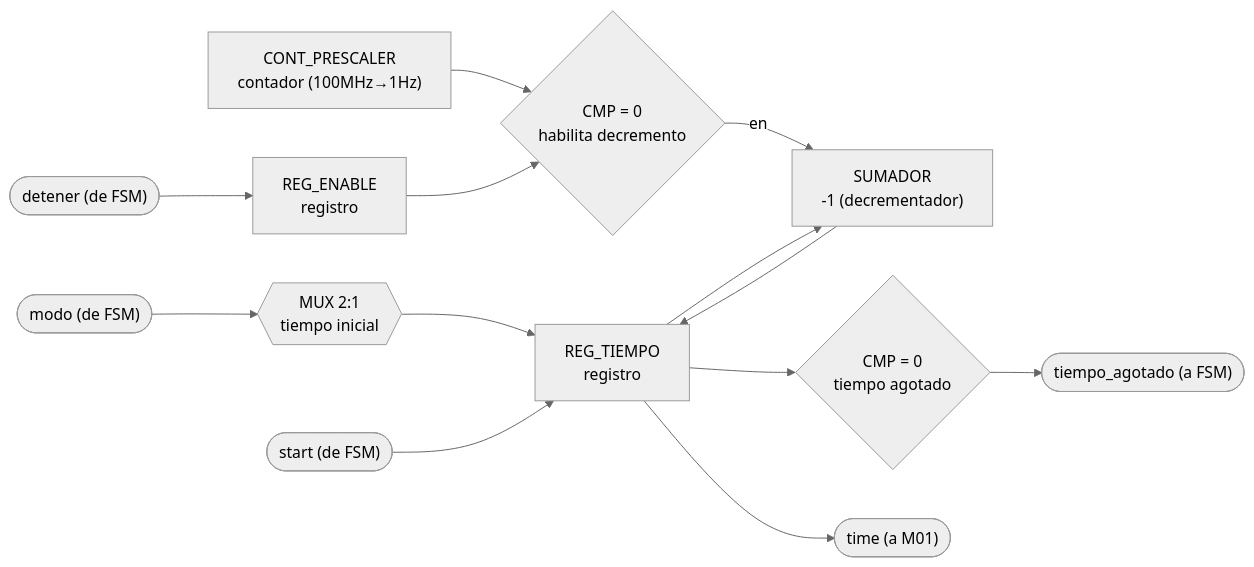
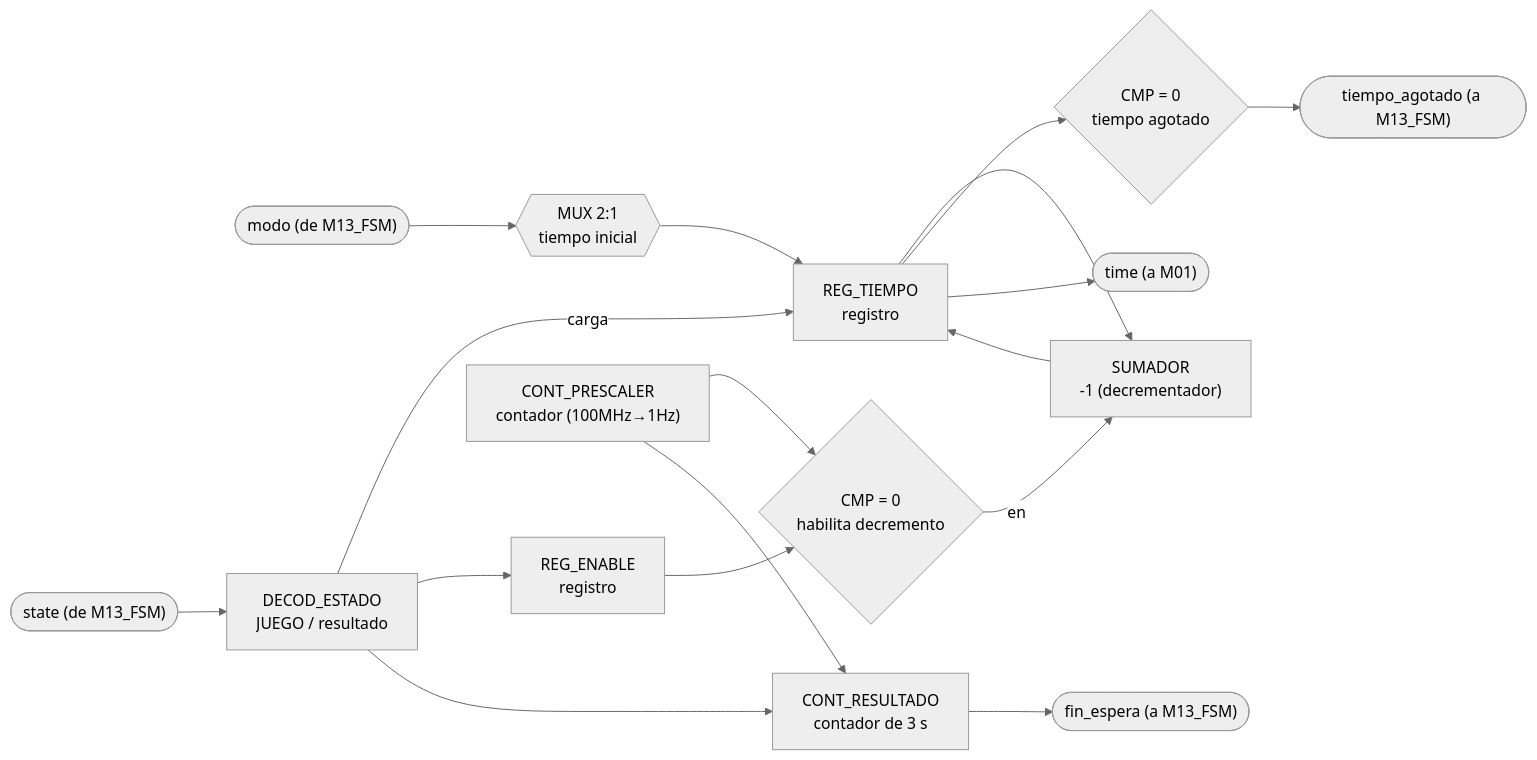
One commit to Taller-de-diseno-digital-GR01/Proyecto-2-Ahorcado changed the fourth of 14 diagrams in docs/diseño/diagramas/nivel03.md. Above: the diagram before and after it, drawn with Mermaid (neutral theme). The commit also changed other lines of this file and 1 other file, not shown here.

Commit message:
nivel03: agregar M13_FSM, los demas modulos ahora decodifican state

````diff
--- a/docs/diseño/diagramas/nivel03.md
+++ b/docs/diseño/diagramas/nivel03.md
@@ -205,15 +210,19 @@
 ```mermaid
 flowchart LR
-    IN_MODO(["modo (de FSM)"]) --> MUX1{{"MUX 2:1<br/>tiempo inicial"}}
+    IN_MODO(["modo (de M13_FSM)"]) --> MUX1{{"MUX 2:1<br/>tiempo inicial"}}
     MUX1 --> REG_T["REG_TIEMPO<br/>registro"]
-    IN_START(["start (de FSM)"]) --> REG_T
-    IN_STOP(["detener (de FSM)"]) --> REG_EN["REG_ENABLE<br/>registro"]
+    IN_STATE(["state (de M13_FSM)"]) --> DEC_ST["DECOD_ESTADO<br/>JUEGO / resultado"]
+    DEC_ST -->|carga| REG_T
+    DEC_ST --> REG_EN["REG_ENABLE<br/>registro"]
     CNT_PRE["CONT_PRESCALER<br/>contador (100MHz→1Hz)"] --> CMP1{"CMP = 0<br/>habilita decremento"}
     REG_EN --> CMP1
     CMP1 -->|en| SUB1["SUMADOR<br/>-1 (decrementador)"]
     REG_T --> SUB1
     SUB1 --> REG_T
     REG_T --> CMP2{"CMP = 0<br/>tiempo agotado"}
-    CMP2 --> OUT_FIN(["tiempo_agotado (a FSM)"])
+    CMP2 --> OUT_FIN(["tiempo_agotado (a M13_FSM)"])
     REG_T --> OUT_TIME(["time (a M01)"])
+    DEC_ST --> CNT_3S["CONT_RESULTADO<br/>contador de 3 s"]
+    CNT_PRE --> CNT_3S
+    CNT_3S --> OUT_ESP(["fin_espera (a M13_FSM)"])
 ```
````
